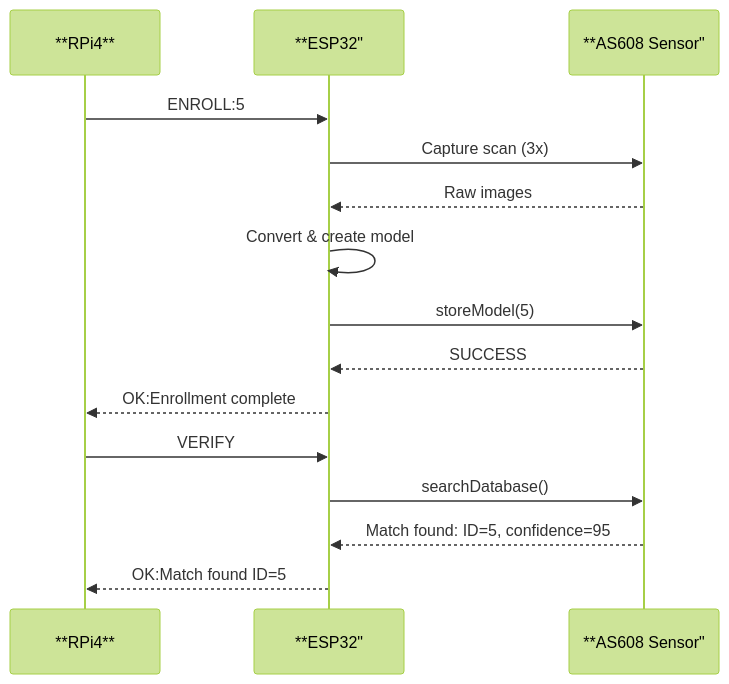
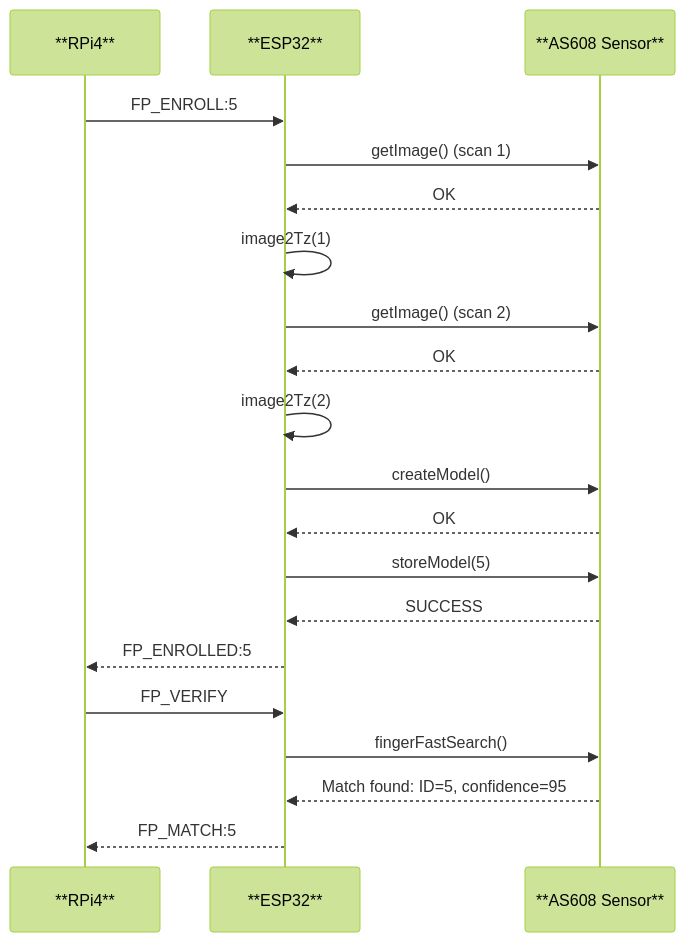
The third of 3 diagrams in docs/api/api-spec.md (qppd/smart-appointment-scheduling-kiosk), drawn with Mermaid (forest theme) before and after one commit. The commit also changed other lines of this file and 62 other files, not shown here.

````diff
--- a/docs/api/api-spec.md
+++ b/docs/api/api-spec.md
@@ -210,19 +268,24 @@
 ```mermaid
 sequenceDiagram
     participant RPi as **RPi4**
-    participant ESP as **ESP32"
-    participant AS608 as **AS608 Sensor"
+    participant ESP as **ESP32**
+    participant AS608 as **AS608 Sensor**
 
-    RPi ->> ESP: ENROLL:5
-    ESP ->> AS608: Capture scan (3x)
-    AS608 -->> ESP: Raw images
-    ESP ->> ESP: Convert & create model
+    RPi ->> ESP: FP_ENROLL:5
+    ESP ->> AS608: getImage() (scan 1)
+    AS608 -->> ESP: OK
+    ESP ->> ESP: image2Tz(1)
+    ESP ->> AS608: getImage() (scan 2)
+    AS608 -->> ESP: OK
+    ESP ->> ESP: image2Tz(2)
+    ESP ->> AS608: createModel()
+    AS608 -->> ESP: OK
     ESP ->> AS608: storeModel(5)
     AS608 -->> ESP: SUCCESS
-    ESP -->> RPi: OK:Enrollment complete
+    ESP -->> RPi: FP_ENROLLED:5
 
-    RPi ->> ESP: VERIFY
-    ESP ->> AS608: searchDatabase()
+    RPi ->> ESP: FP_VERIFY
+    ESP ->> AS608: fingerFastSearch()
     AS608 -->> ESP: Match found: ID=5, confidence=95
-    ESP -->> RPi: OK:Match found ID=5
+    ESP -->> RPi: FP_MATCH:5
 ```
````
